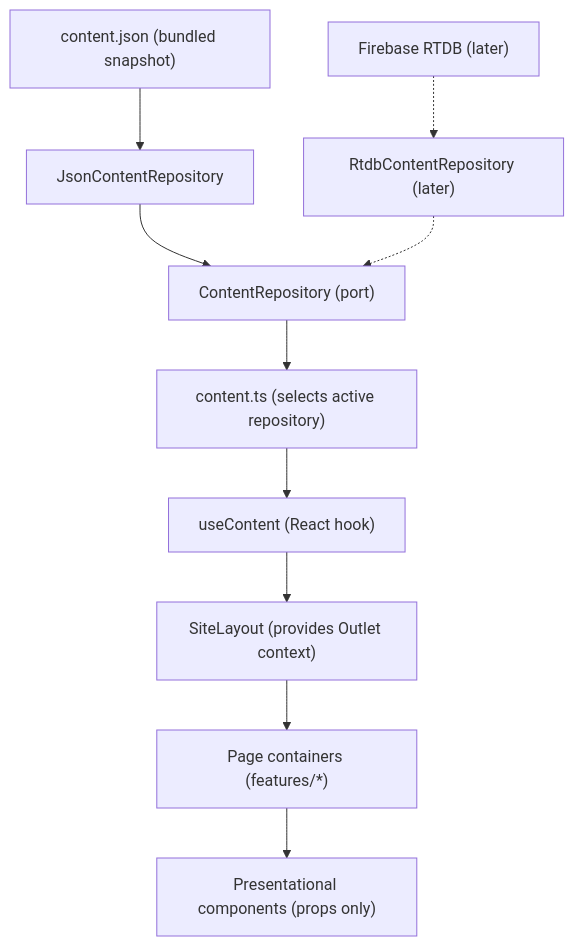
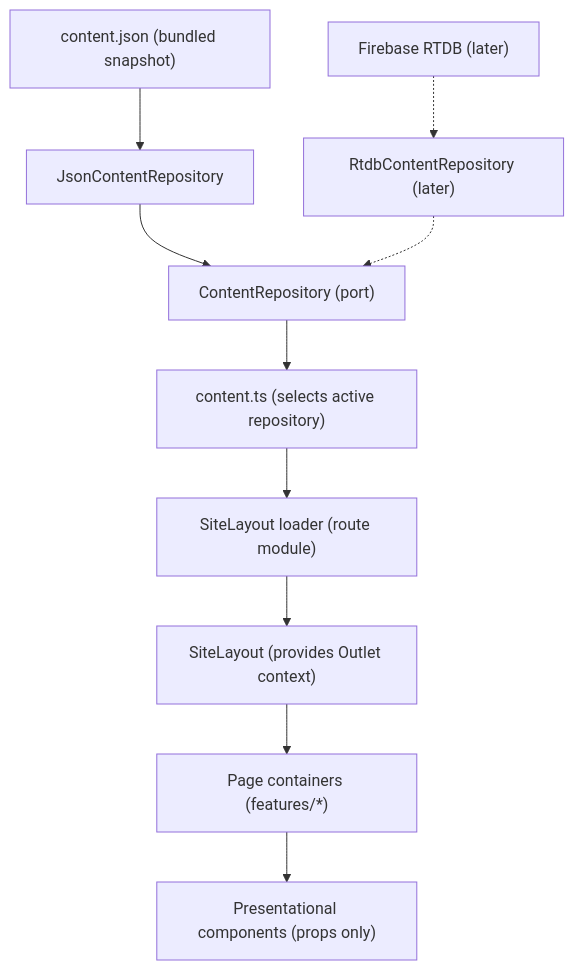
One commit to EduardoFLima/projetoliberdade changed the diagram in README.md. Above: the diagram before and after it, drawn with Mermaid. The commit also changed other lines of this file, not shown here.

Commit message:
docs: README — framework-mode architecture, commands, roadmap item 4 done

````diff
--- a/README.md
+++ b/README.md
@@ -33,12 +33,12 @@
 ```mermaid
 flowchart TD
     JSON["content.json (bundled snapshot)"] --> JsonRepo["JsonContentRepository"]
     RTDB["Firebase RTDB (later)"] -.-> RtdbRepo["RtdbContentRepository (later)"]
     JsonRepo --> Repo["ContentRepository (port)"]
     RtdbRepo -.-> Repo
     Repo --> Binding["content.ts (selects active repository)"]
-    Binding --> Hook["useContent (React hook)"]
-    Hook --> Layout["SiteLayout (provides Outlet context)"]
+    Binding --> Loader["SiteLayout loader (route module)"]
+    Loader --> Layout["SiteLayout (provides Outlet context)"]
     Layout --> Pages["Page containers (features/*)"]
     Pages --> Components["Presentational components (props only)"]
 ```
````
